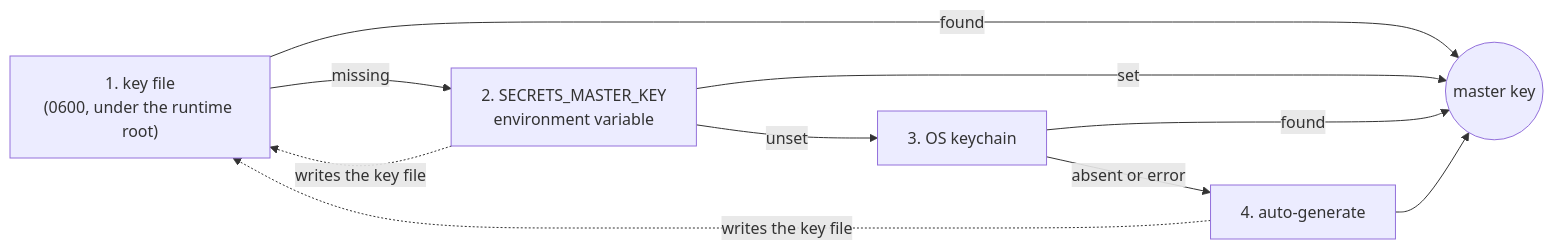
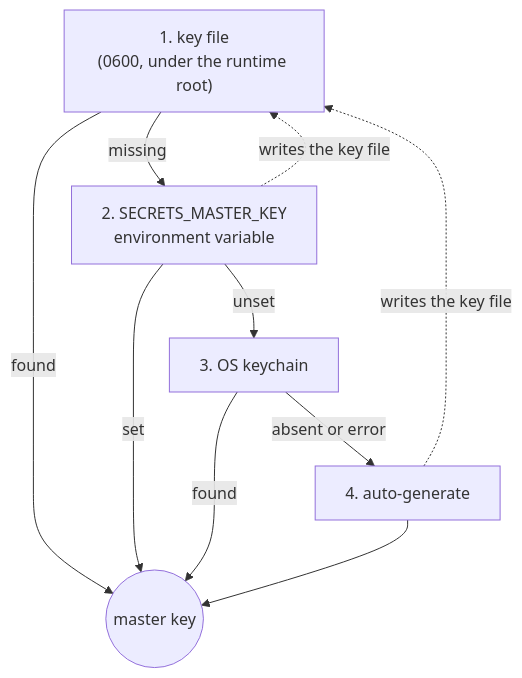
Before and after one commit to linhongyu510/ironclaw: the first of 2 diagrams in docs/security/secrets-and-sandboxing.mdx, drawn with Mermaid.

Commit message:
docs(security): lay out the master-key diagram top to bottom
Claude-Session: https://claude.ai/code/session_01Akbu33NnQfwXRuFth94LUH

````diff
--- a/docs/security/secrets-and-sandboxing.mdx
+++ b/docs/security/secrets-and-sandboxing.mdx
@@ -20,12 +20,12 @@
 ```mermaid
-flowchart LR
+flowchart TB
     F["1. key file<br/>(0600, under the runtime root)"] -- "missing" --> E["2. SECRETS_MASTER_KEY<br/>environment variable"]
     E -- "unset" --> K["3. OS keychain"]
     K -- "absent or error" --> G["4. auto-generate"]
     F -- "found" --> M((master key))
     E -- "set" --> M
     K -- "found" --> M
     G --> M
     E -. "writes the key file" .-> F
     G -. "writes the key file" .-> F
 ```
````
